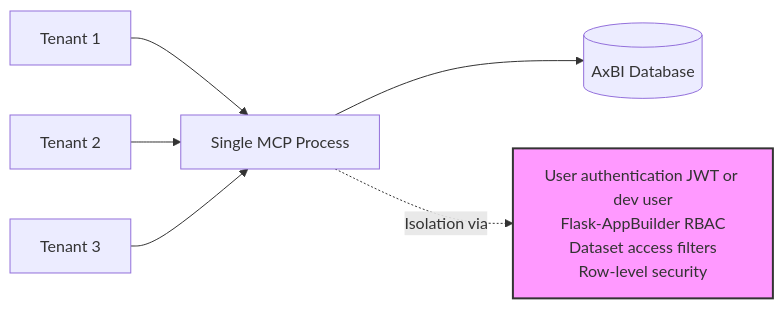
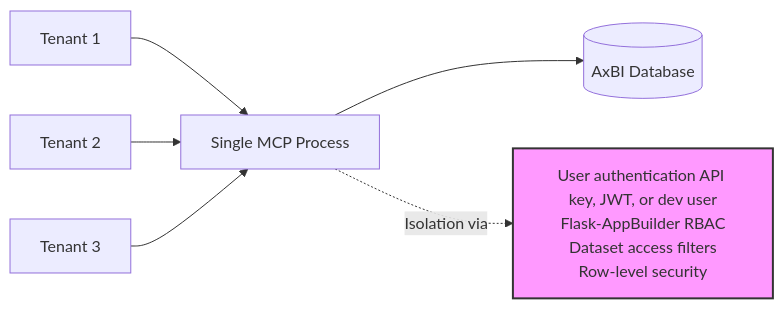
The first of 4 diagrams in axbi/mcp_service/ARCHITECTURE.md (defai-digital/ax-bi), drawn with Mermaid before and after one commit. The commit also changed 18 other files, not shown here.

Commit message:
feat(mcp): add self-service user API keys

````diff
--- a/axbi/mcp_service/ARCHITECTURE.md
+++ b/axbi/mcp_service/ARCHITECTURE.md
@@ -107,17 +107,17 @@
 ```mermaid
 graph LR
     T1[Tenant 1]
     T2[Tenant 2]
     T3[Tenant 3]
     MCP[Single MCP Process]
     DB[(AxBI Database)]
 
     T1 --> MCP
     T2 --> MCP
     T3 --> MCP
     MCP --> DB
 
-    MCP -.->|Isolation via| ISO[User authentication JWT or dev user<br/>Flask-AppBuilder RBAC<br/>Dataset access filters<br/>Row-level security]
+    MCP -.->|Isolation via| ISO[User authentication API key, JWT, or dev user<br/>Flask-AppBuilder RBAC<br/>Dataset access filters<br/>Row-level security]
 
     style ISO fill:#f9f,stroke:#333,stroke-width:2px
 ```
````
